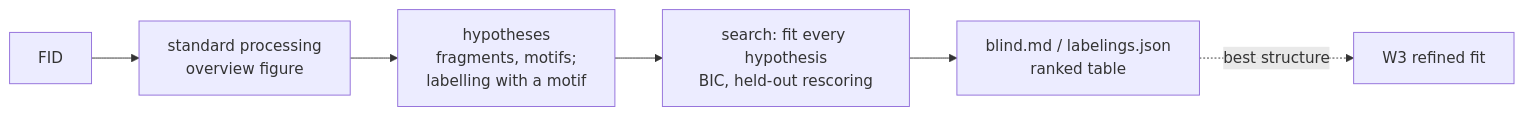
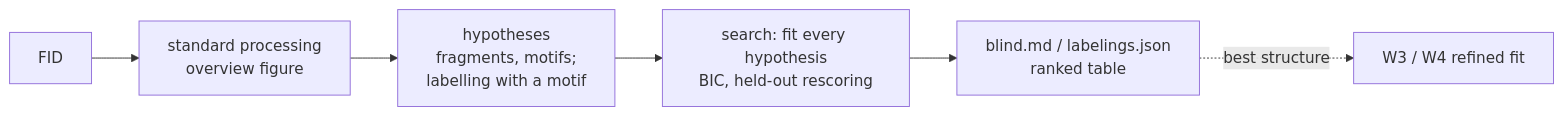
One commit to gao-xh/ZULF_Model changed the sixth of 8 diagrams in docs/WORKFLOW.md. Above: the diagram before and after it, drawn with Mermaid. The commit also changed other lines of this file, not shown here.

Commit message:
docs: studio as the interactive front end of the known-structure fit in the workflow map (W4)

````diff
--- a/docs/WORKFLOW.md
+++ b/docs/WORKFLOW.md
@@ -107,8 +135,8 @@
 ```mermaid
 flowchart LR
     fid["FID"] --> p["standard processing<br/>overview figure"]
     p --> h["hypotheses<br/>fragments, motifs;<br/>labelling with a motif"]
     h --> s["search: fit every hypothesis<br/>BIC, held-out rescoring"]
     s --> r["blind.md / labelings.json<br/>ranked table"]
-    r -. best structure .-> w3["W3 refined fit"]
+    r -. best structure .-> w3["W3 / W4 refined fit"]
 ```
````
